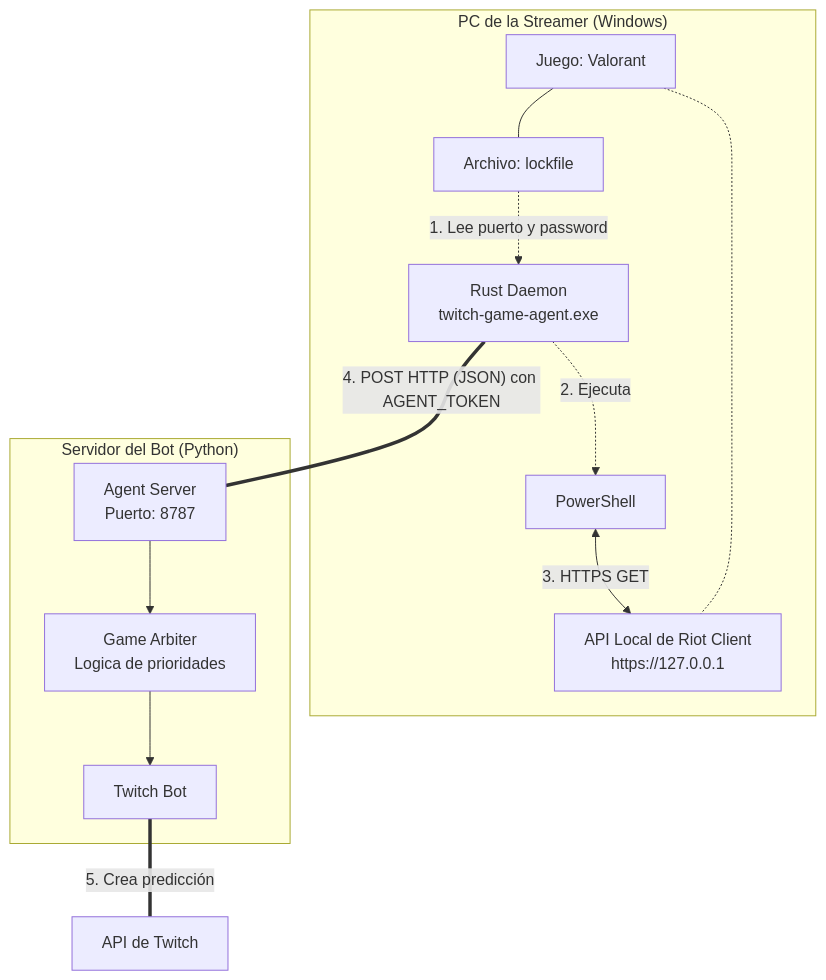
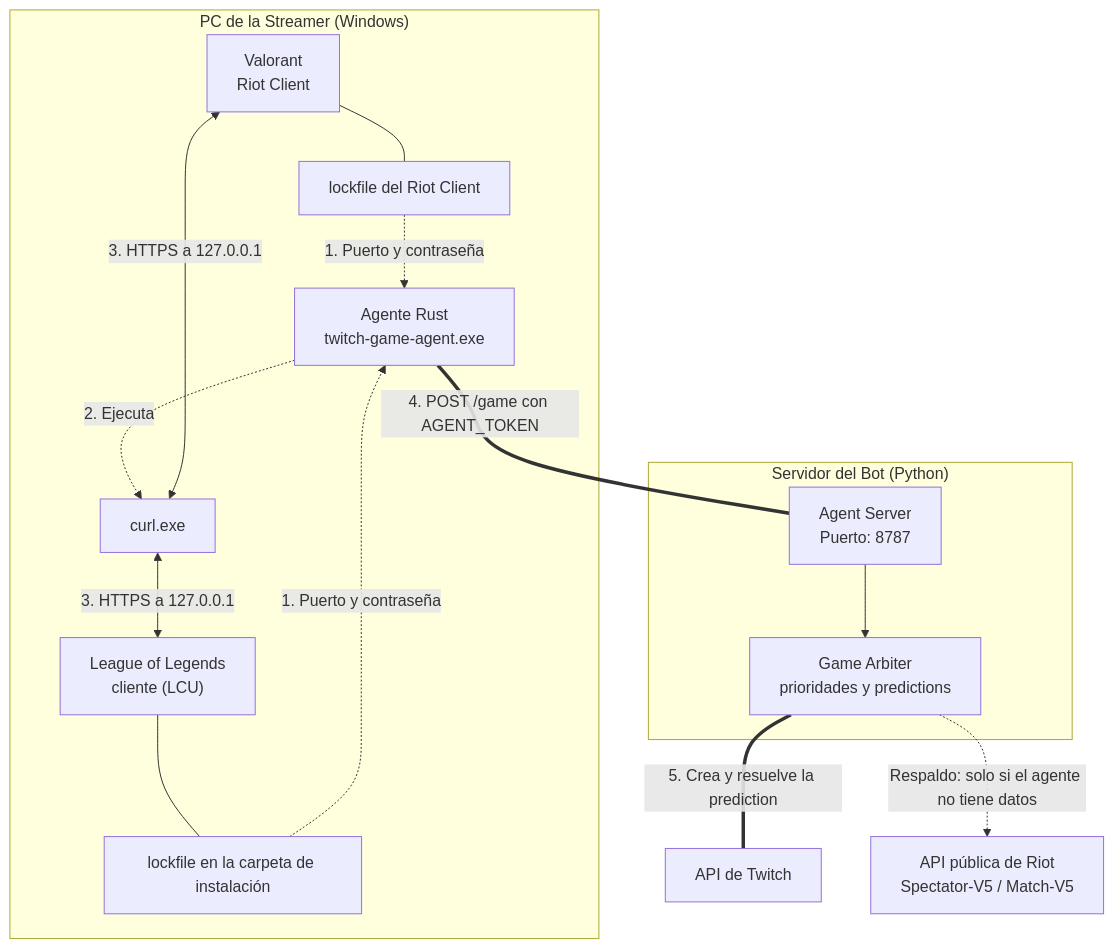
One commit to martinSaav/bot_ducky changed the first of 2 diagrams in docs/diagrama_agente.md. Above: the diagram before and after it, drawn with Mermaid. The commit also changed other lines of this file and 2 other files, not shown here.

First line of the commit message:
docs: document local match detection

````diff
--- a/docs/diagrama_agente.md
+++ b/docs/diagrama_agente.md
@@ -9,27 +11,27 @@
 ```mermaid
 graph TD
     subgraph pc_streamer ["PC de la Streamer (Windows)"]
-        A["Juego: Valorant"] --- L["Archivo: lockfile"]
-        RAPI["API Local de Riot Client<br/>https://127.0.0.1"]
-        A -.- RAPI
-        
-        DAEMON["Rust Daemon<br/>twitch-game-agent.exe"]
-        PS["PowerShell"]
-        
-        L -.->|"1. Lee puerto y password"| DAEMON
-        DAEMON -.->|"2. Ejecuta"| PS
-        PS <-->|"3. HTTPS GET"| RAPI
+        VAL["Valorant<br/>Riot Client"] --- LV["lockfile del Riot Client"]
+        LOL["League of Legends<br/>cliente (LCU)"] --- LL["lockfile en la carpeta de instalación"]
+
+        DAEMON["Agente Rust<br/>twitch-game-agent.exe"]
+        CURL["curl.exe"]
+
+        LV -.->|"1. Puerto y contraseña"| DAEMON
+        LL -.->|"1. Puerto y contraseña"| DAEMON
+        DAEMON -.->|"2. Ejecuta"| CURL
+        CURL <-->|"3. HTTPS a 127.0.0.1"| VAL
+        CURL <-->|"3. HTTPS a 127.0.0.1"| LOL
     end
 
     subgraph servidor_bot ["Servidor del Bot (Python)"]
         HTTP["Agent Server<br/>Puerto: 8787"]
-        ARBITER["Game Arbiter<br/>Logica de prioridades"]
-        TWITCH["Twitch Bot"]
-        
+        ARBITER["Game Arbiter<br/>prioridades y predictions"]
+
         HTTP --> ARBITER
-        ARBITER --> TWITCH
     end
 
-    DAEMON == "4. POST HTTP (JSON) con AGENT_TOKEN" === HTTP
-    TWITCH == "5. Crea predicción" === API_T[API de Twitch]
+    DAEMON == "4. POST /game con AGENT_TOKEN" === HTTP
+    ARBITER == "5. Crea y resuelve la prediction" === API_T["API de Twitch"]
+    ARBITER -.->|"Respaldo: solo si el agente no tiene datos"| RIOT["API pública de Riot<br/>Spectator-V5 / Match-V5"]
 ```
````
